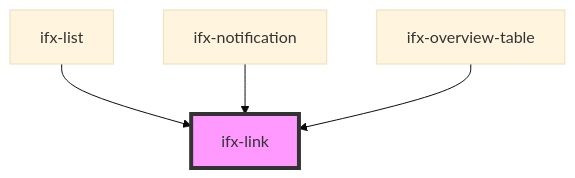
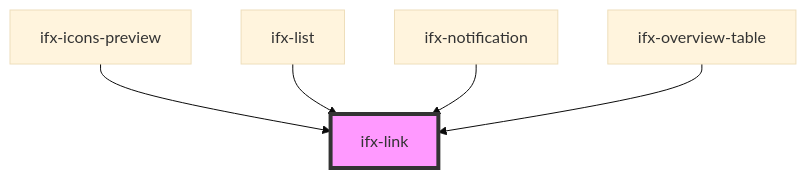
The diagram in packages/components/src/components/link/readme.md (Infineon/infineon-design-system-stencil), drawn with Mermaid (base theme) before and after one commit. The commit also changed other lines of this file and 4 other files, not shown here.

````diff
--- a/packages/components/src/components/link/readme.md
+++ b/packages/components/src/components/link/readme.md
@@ -28,7 +29,8 @@
 ```mermaid
 graph TD;
+  ifx-icons-preview --> ifx-link
   ifx-list --> ifx-link
   ifx-notification --> ifx-link
   ifx-overview-table --> ifx-link
   style ifx-link fill:#f9f,stroke:#333,stroke-width:4px
 ```
````
